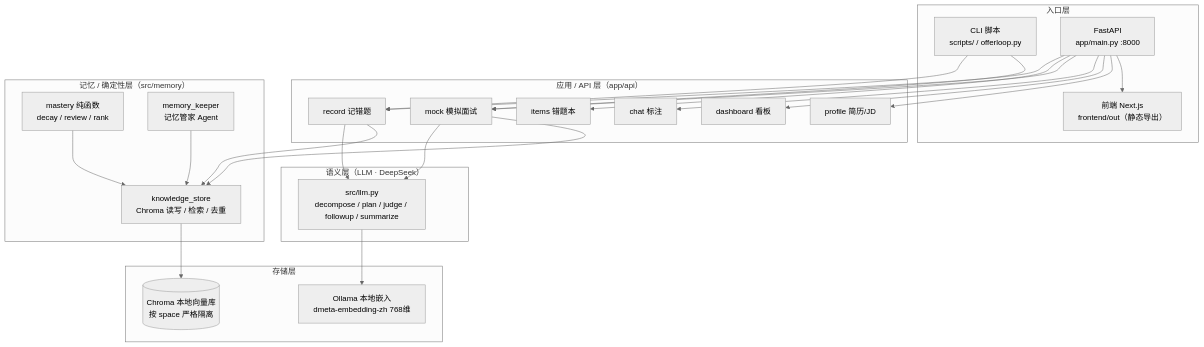
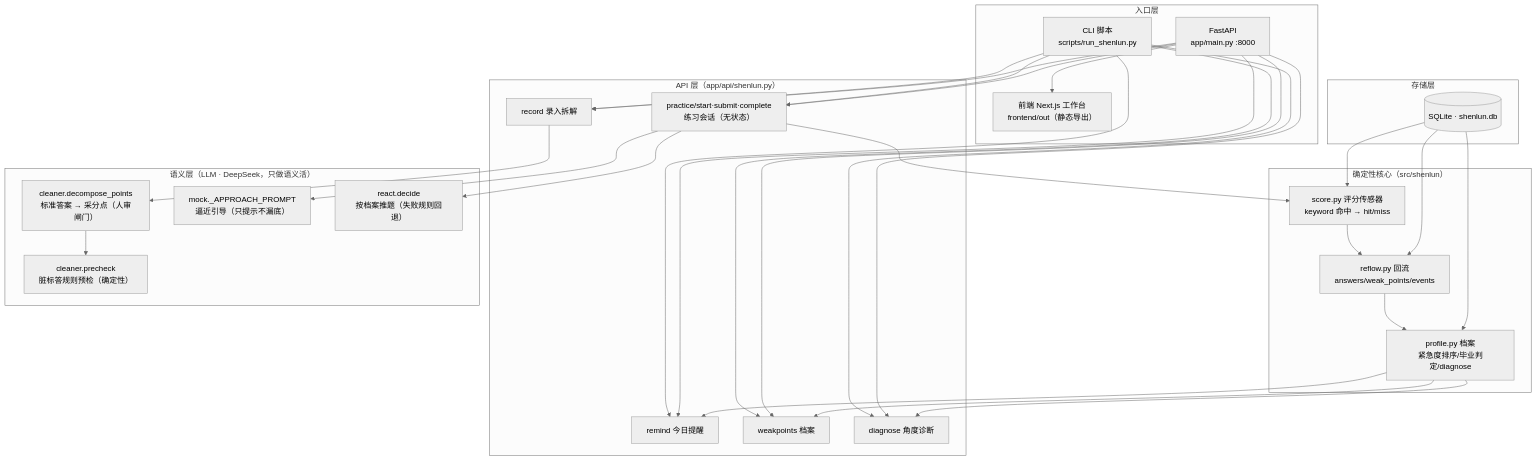
Before and after one commit to czh051015/interview-memory-agent: the diagram in README.md, drawn with Mermaid (neutral theme). The commit also changed other lines of this file and 953 other files, not shown here.

````diff
--- a/README.md
+++ b/README.md
@@ -188,42 +172,41 @@
 ```mermaid
 flowchart TB
     subgraph 入口层
-        CLI["CLI 脚本<br/>scripts/ / offerloop.py"]
+        CLI["CLI 脚本<br/>scripts/run_shenlun.py"]
         WEB["FastAPI<br/>app/main.py :8000"]
-        FE["前端 Next.js<br/>frontend/out（静态导出）"]
+        FE["前端 Next.js 工作台<br/>frontend/out（静态导出）"]
     end
 
-    subgraph 应用层["应用 / API 层（app/api）"]
-        REC["record 记错题"]
-        ITEMS["items 错题本"]
-        MOCK["mock 模拟面试"]
-        CHAT["chat 标注"]
-        DASH["dashboard 看板"]
-        PROF["profile 简历/JD"]
+    subgraph API 层["API 层（app/api/shenlun.py）"]
+        PRAC["practice/start·submit·complete<br/>练习会话（无状态）"]
+        REMIND["remind 今日提醒"]
+        WEAK["weakpoints 档案"]
+        DIAG["diagnose 角度诊断"]
+        REC["record 录入拆解"]
     end
 
-    subgraph 语义层["语义层（LLM · DeepSeek）"]
-        LLM["src/llm.py<br/>decompose / plan / judge / followup / summarize"]
+    subgraph 确定性层["确定性核心（src/shenlun）"]
+        SCORE["score.py 评分传感器<br/>keyword 命中 → hit/miss"]
+        REFLOW["reflow.py 回流<br/>answers/weak_points/events"]
+        PROF["profile.py 档案<br/>紧急度排序/毕业判定/diagnose"]
     end
 
-    subgraph 确定性层["记忆 / 确定性层（src/memory）"]
-        MS["mastery 纯函数<br/>decay / review / rank"]
-        KS["knowledge_store<br/>Chroma 读写 / 检索 / 去重"]
-        MK["memory_keeper<br/>记忆管家 Agent"]
+    subgraph 语义层["语义层（LLM · DeepSeek，只做语义活）"]
+        DECOMP["cleaner.decompose_points<br/>标准答案 → 采分点（人审闸门）"]
+        PRE["cleaner.precheck<br/>脏标答规则预检（确定性）"]
+        GUIDE["mock._APPROACH_PROMPT<br/>逼近引导（只提示不漏底）"]
+        REACT["react.decide<br/>按档案推题（失败规则回退）"]
     end
 
     subgraph 存储层["存储层"]
-        CHROMA[("Chroma 本地向量库<br/>按 space 严格隔离")]
-        OLLAMA["Ollama 本地嵌入<br/>dmeta-embedding-zh 768维"]
+        DB[("SQLite · shenlun.db")]
     end
 
-    CLI --> REC & MOCK
-    WEB --> REC & ITEMS & MOCK & CHAT & DASH & PROF
+    CLI & WEB --> PRAC & REMIND & WEAK & DIAG & REC
     WEB --> FE
-    REC & MOCK --> LLM
-    REC & MOCK --> KS
-    LLM --> OLLAMA
-    KS --> CHROMA
-    MS --> KS
-    MK --> KS
+    PRAC --> SCORE & GUIDE & REACT
+    SCORE --> REFLOW --> PROF --> REMIND & WEAK & DIAG
+    DECOMP --> PRE
+    REC --> DECOMP
+    DB --> SCORE & REFLOW & PROF
 ```
````
